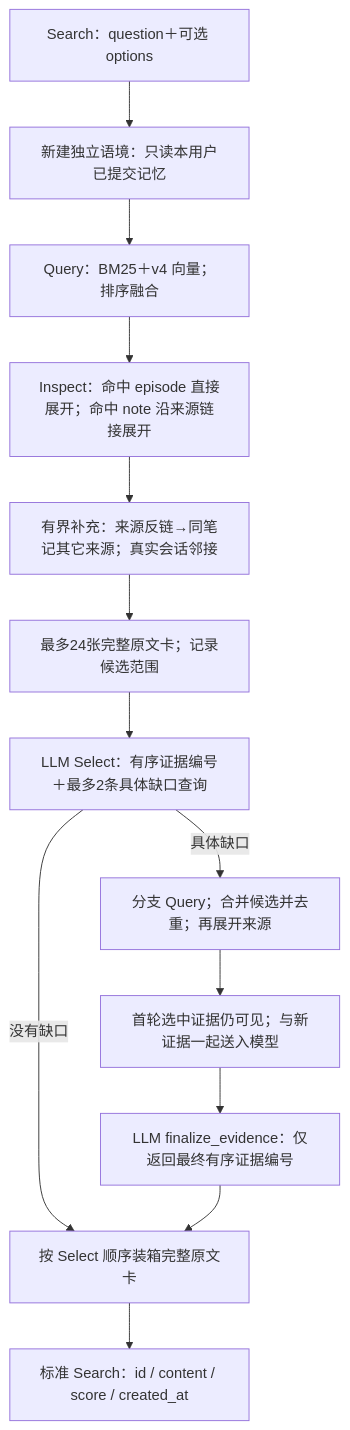
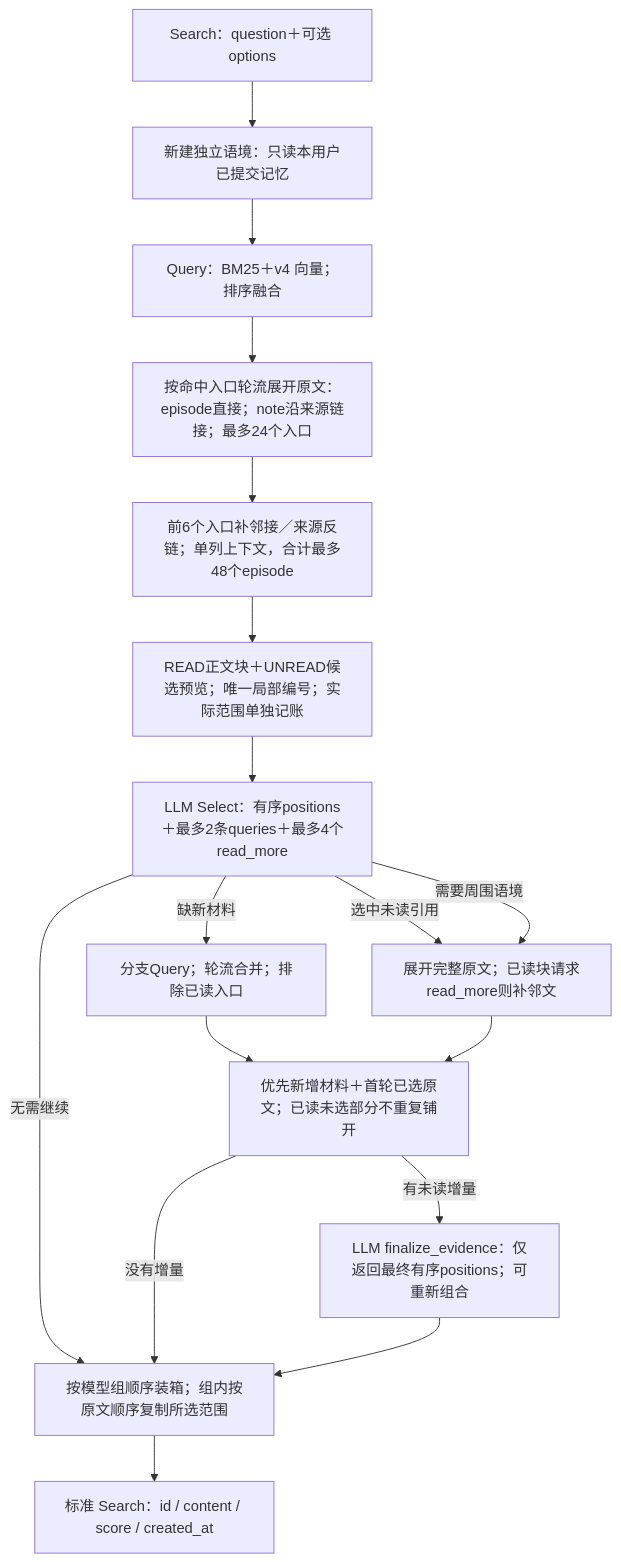
One commit to Graygoo7529/AM-Link changed the second of 2 diagrams in DESIGN.md. Above: the diagram before and after it, drawn with Mermaid. The commit also changed other lines of this file and 41 other files, not shown here.

````diff
--- a/DESIGN.md
+++ b/DESIGN.md
@@ -71,15 +80,19 @@
 ```mermaid
 flowchart TD
   Q["Search：question＋可选 options"] --> C["新建独立语境：只读本用户已提交记忆"]
   C --> R["Query：BM25＋v4 向量；排序融合"]
-  R --> D["Inspect：命中 episode 直接展开；命中 note 沿来源链接展开"]
-  D --> B["有界补充：来源反链→同笔记其它来源；真实会话邻接"]
-  B --> K["最多24张完整原文卡；记录候选范围"]
-  K --> S["LLM Select：有序证据编号＋最多2条具体缺口查询"]
-  S -->|没有缺口| P["按 Select 顺序装箱完整原文卡"]
-  S -->|具体缺口| R2["分支 Query；合并候选并去重；再展开来源"]
-  R2 --> C2["首轮选中证据仍可见；与新证据一起送入模型"]
-  C2 --> S2["LLM finalize_evidence：仅返回最终有序证据编号"]
+  R --> D["按命中入口轮流展开原文：episode直接；note沿来源链接；最多24个入口"]
+  D --> B["前6个入口补邻接／来源反链；单列上下文，合计最多48个episode"]
+  B --> K["READ正文块＋UNREAD候选预览；唯一局部编号；实际范围单独记账"]
+  K --> S["LLM Select：有序positions＋最多2条queries＋最多4个read_more"]
+  S -->|无需继续| P["按模型组顺序装箱；组内按原文顺序复制所选范围"]
+  S -->|缺新材料| R2["分支Query；轮流合并；排除已读入口"]
+  S -->|选中未读引用| I2["展开完整原文；已读块请求read_more则补邻文"]
+  S -->|需要周围语境| I2
+  R2 --> C2["优先新增材料＋首轮已选原文；已读未选部分不重复铺开"]
+  I2 --> C2
+  C2 -->|有未读增量| S2["LLM finalize_evidence：仅返回最终有序positions；可重新组合"]
+  C2 -->|没有增量| P
   S2 --> P
   P --> O["标准 Search：id / content / score / created_at"]
 ```
````
